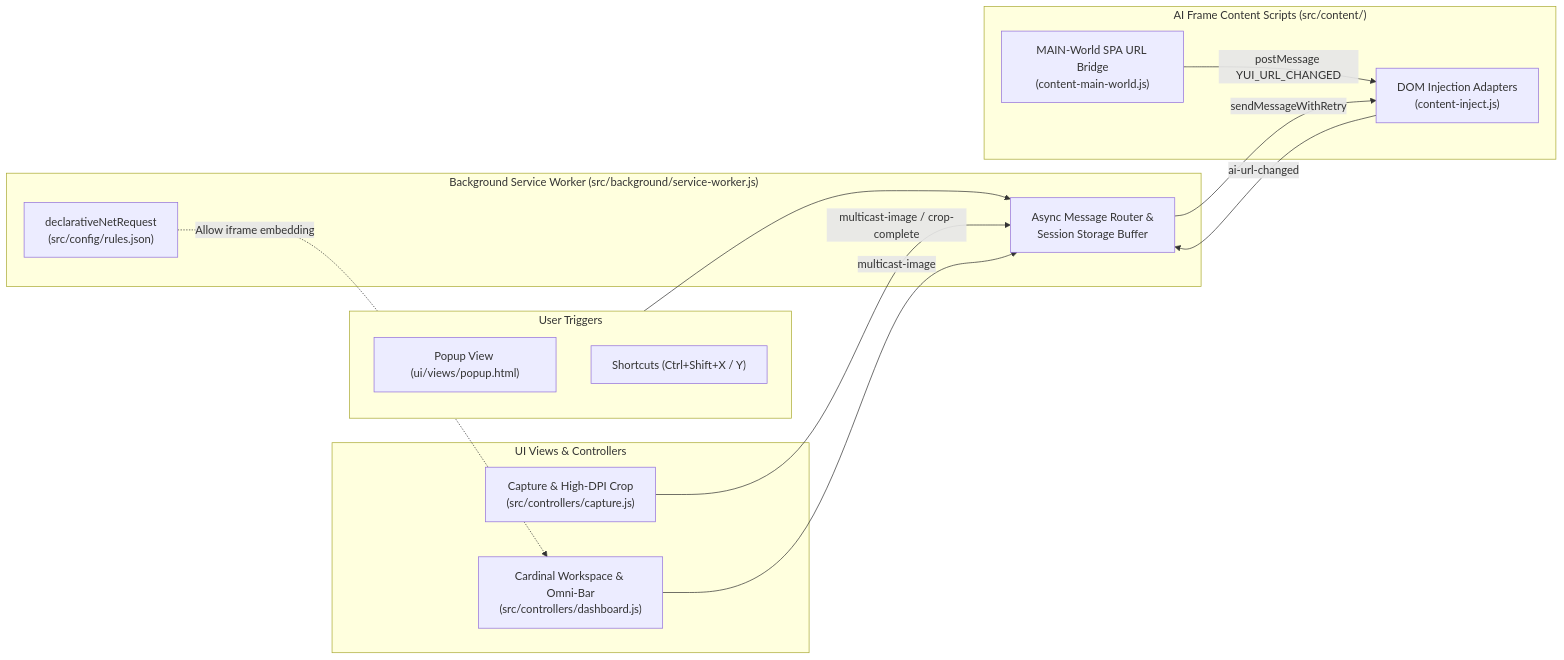
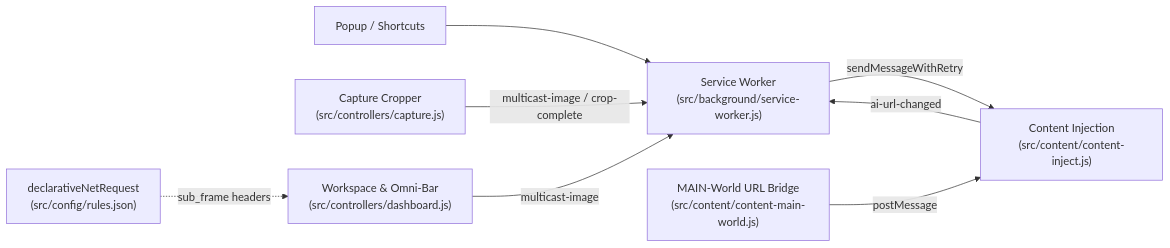
The diagram in README.md (NakunaruZeno/Yui.AI), drawn with Mermaid before and after one commit. The commit also changed other lines of this file, not shown here.

````diff
--- a/README.md
+++ b/README.md
@@ -59,30 +31,10 @@
 ```mermaid
 flowchart LR
-  subgraph User["User Triggers"]
-    Popup["Popup View (ui/views/popup.html)"]
-    Shortcut["Shortcuts (Ctrl+Shift+X / Y)"]
-  end
-
-  subgraph Core["UI Views & Controllers"]
-    Capture["Capture & High-DPI Crop\n(src/controllers/capture.js)"]
-    Dashboard["Cardinal Workspace & Omni-Bar\n(src/controllers/dashboard.js)"]
-  end
-
-  subgraph SW["Background Service Worker (src/background/service-worker.js)"]
-    Router["Async Message Router &\nSession Storage Buffer"]
-    DNR["declarativeNetRequest\n(src/config/rules.json)"]
-  end
-
-  subgraph Content["AI Frame Content Scripts (src/content/)"]
-    Inject["DOM Injection Adapters\n(content-inject.js)"]
-    Tracker["MAIN-World SPA URL Bridge\n(content-main-world.js)"]
-  end
-
-  User --> Router
-  Capture -->|multicast-image / crop-complete| Router
-  Dashboard -->|multicast-image| Router
-  Router -->|sendMessageWithRetry| Inject
-  Tracker -->|postMessage YUI_URL_CHANGED| Inject
-  Inject -->|ai-url-changed| Router
-  DNR -.->|Allow iframe embedding| Dashboard
+  User["Popup / Shortcuts"] --> SW["Service Worker\n(src/background/service-worker.js)"]
+  Capture["Capture Cropper\n(src/controllers/capture.js)"] -->|multicast-image / crop-complete| SW
+  Dashboard["Workspace & Omni-Bar\n(src/controllers/dashboard.js)"] -->|multicast-image| SW
+  SW -->|sendMessageWithRetry| Inject["Content Injection\n(src/content/content-inject.js)"]
+  Tracker["MAIN-World URL Bridge\n(src/content/content-main-world.js)"] -->|postMessage| Inject
+  Inject -->|ai-url-changed| SW
+  DNR["declarativeNetRequest\n(src/config/rules.json)"] -.->|sub_frame headers| Dashboard
 ```
````
